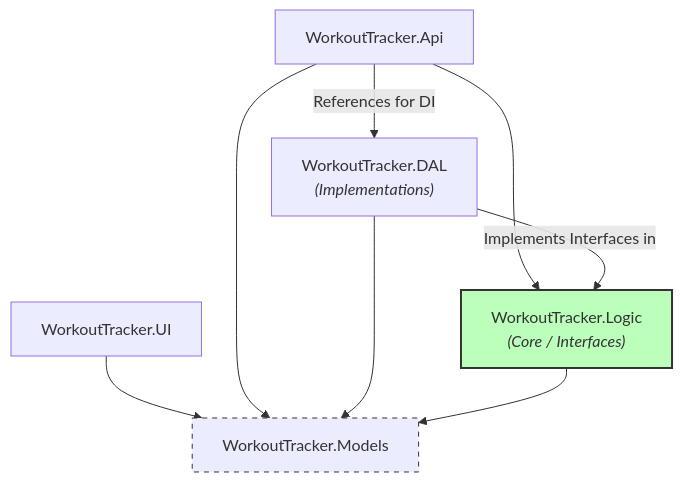
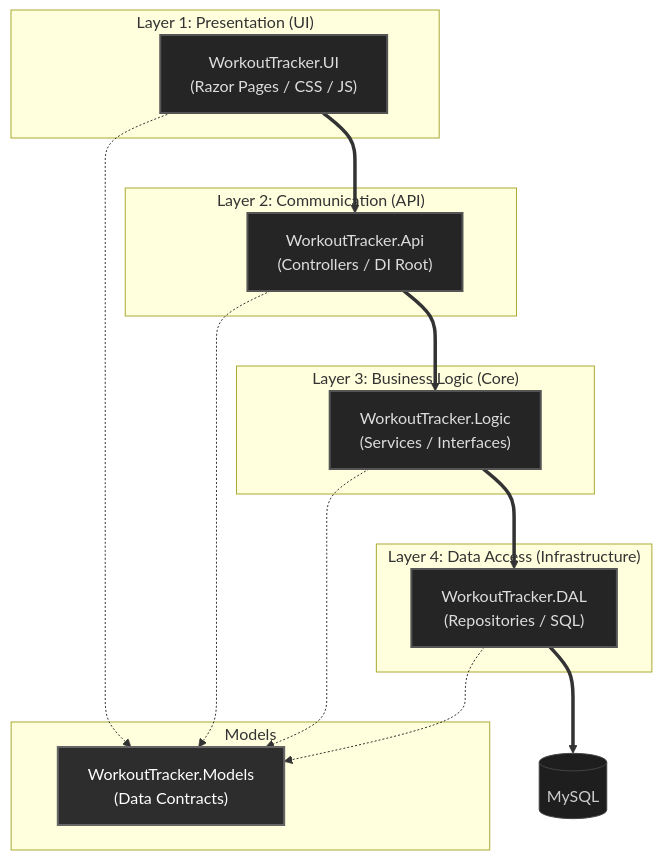
Before and after one commit to MrBunn448/RepVector: the diagram in Documentation/RepVector_Architecture.md, drawn with Mermaid. The commit also changed other lines of this file and 15 other files, not shown here.

````diff
--- a/Documentation/RepVector_Architecture.md
+++ b/Documentation/RepVector_Architecture.md
@@ -12,25 +11,43 @@
 ```mermaid
 graph TD
-    %% Projects
-    UI["WorkoutTracker.UI"]
-    API["WorkoutTracker.Api"]
-    Logic["WorkoutTracker.Logic<br/><i>(Core / Interfaces)</i>"]
-    DAL["WorkoutTracker.DAL<br/><i>(Implementations)</i>"]
-    Models["WorkoutTracker.Models"]
+    %% Layer Definitions
+    subgraph L1 ["Layer 1: Presentation (UI)"]
+        UI["WorkoutTracker.UI<br/>(Razor Pages / CSS / JS)"]
+    end
 
-    %% Compile-time Dependencies
-    UI --> Models
+    subgraph L2 ["Layer 2: Communication (API)"]
+        API["WorkoutTracker.Api<br/>(Controllers / DI Root)"]
+    end
 
-    API --> Models
-    API --> Logic
-    API -- "References for DI" --> DAL
+    subgraph L3 ["Layer 3: Business Logic (Core)"]
+        Logic["WorkoutTracker.Logic<br/>(Services / Interfaces)"]
+    end
 
-    DAL --> Models
-    DAL -- "Implements Interfaces in" --> Logic
+    subgraph L4 ["Layer 4: Data Access (Infrastructure)"]
+        DAL["WorkoutTracker.DAL<br/>(Repositories / SQL)"]
+    end
 
-    Logic --> Models
+    subgraph CrossCutting ["Models"]
+        Models["WorkoutTracker.Models<br/>(Data Contracts)"]
+    end
 
-    %% Formatting
-    style Logic fill:#bfb,stroke:#333,stroke-width:2px
-    style Models fill:#eer,stroke:#333,stroke-dasharray: 5 5
+    %% Vertical Data Flow (Runtime)
+    UI ==> API
+    API ==> Logic
+    Logic ==> DAL
+    DAL ==> DB[(MySQL)]
+
+    %% Shared Dependencies
+    UI -.-> Models
+    API -.-> Models
+    Logic -.-> Models
+    DAL -.-> Models
+
+    %% Dark-Mode Friendly Styling
+    classDef default fill:#1e1e1e,stroke:#444,color:#ccc,stroke-width:1px;
+    classDef layer fill:#252525,stroke:#555,color:#ddd,stroke-width:2px;
+    classDef core fill:#2d2d2d,stroke:#666,color:#fff,stroke-width:2px;
+    
+    class UI,API,Logic,DAL layer;
+    class Models core;
 ```
````
